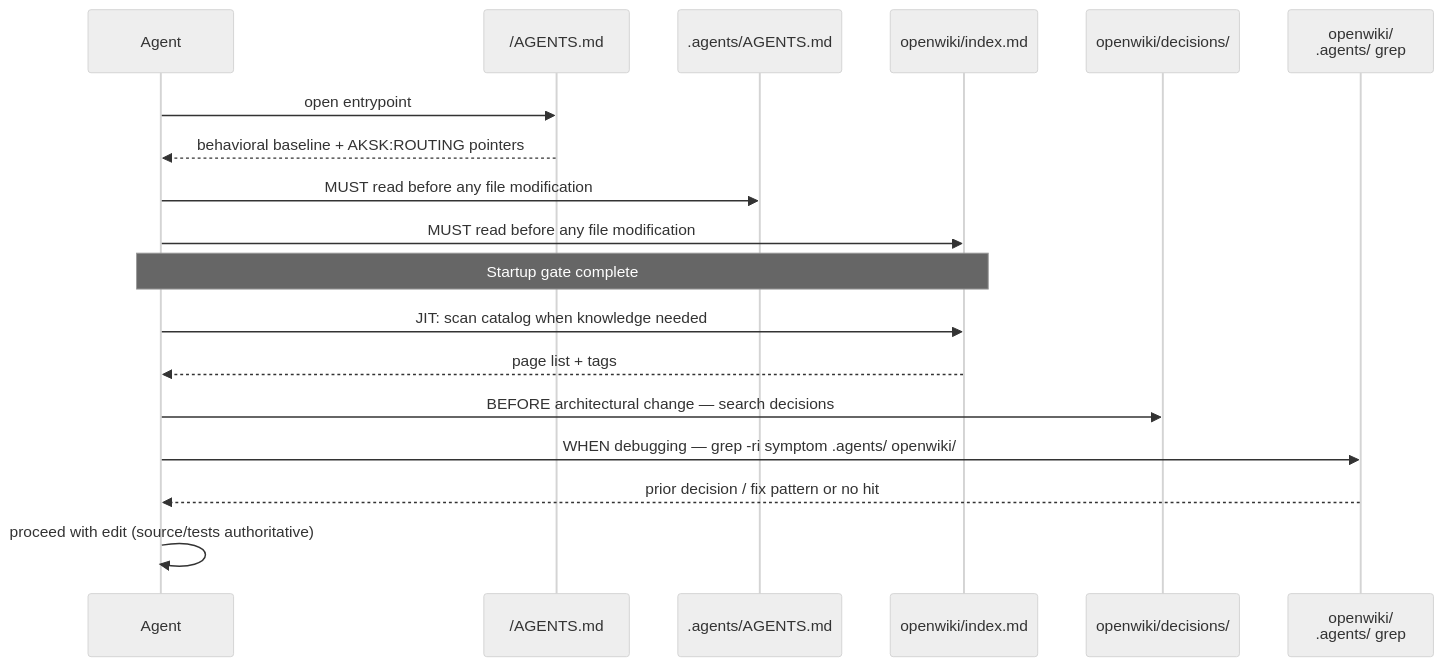
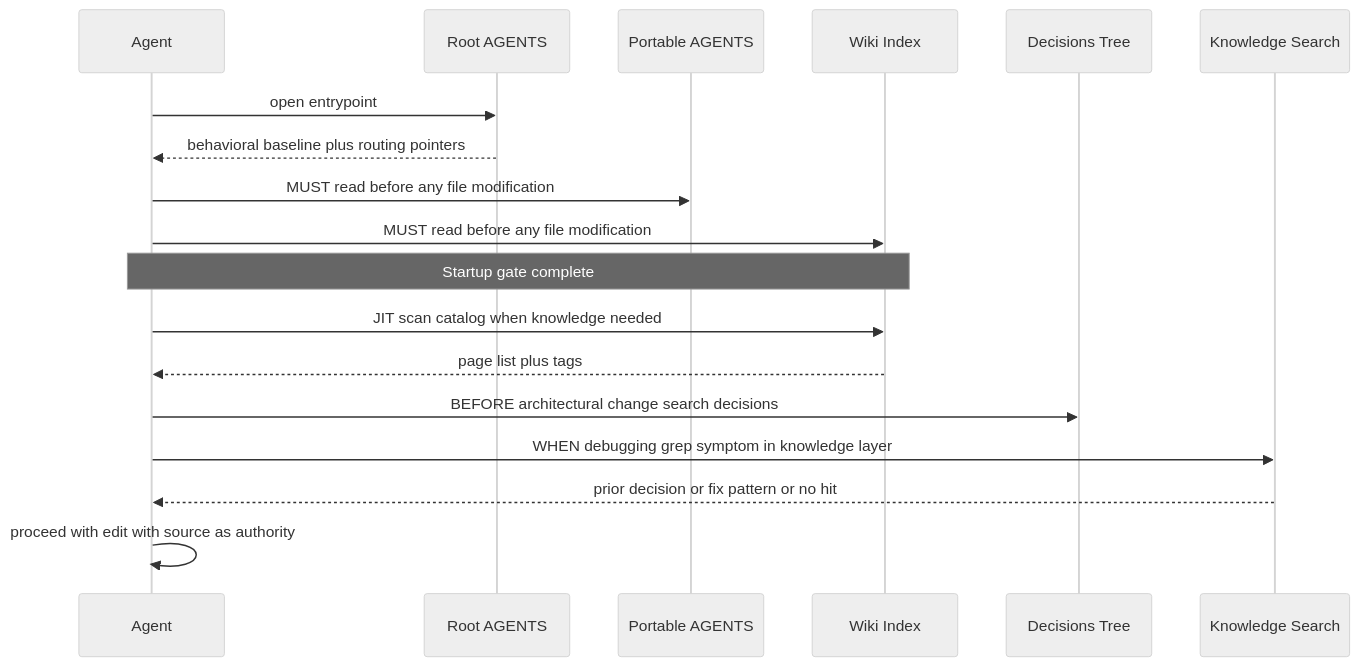
One commit to Hypercubed/Agent-Knowledge-Starter-Kit changed the second of 2 diagrams in openwiki/governance/agent-entrypoints.md. Above: the diagram before and after it, drawn with Mermaid (neutral theme). The commit also changed other lines of this file and 38 other files, not shown here.

````diff
--- a/openwiki/governance/agent-entrypoints.md
+++ b/openwiki/governance/agent-entrypoints.md
@@ -132,20 +94,20 @@
 ```mermaid
 sequenceDiagram
   participant Agent
-  participant Root as /AGENTS.md
-  participant Portable as .agents/AGENTS.md
-  participant Index as openwiki/index.md
-  participant Decisions as openwiki/decisions/
-  participant Knowledge as openwiki/<br>.agents/ grep
+  participant Root as Root AGENTS
+  participant Portable as Portable AGENTS
+  participant Index as Wiki Index
+  participant Decisions as Decisions Tree
+  participant Knowledge as Knowledge Search
   Agent->>Root: open entrypoint
-  Root-->>Agent: behavioral baseline + AKSK:ROUTING pointers
+  Root-->>Agent: behavioral baseline plus routing pointers
   Agent->>Portable: MUST read before any file modification
   Agent->>Index: MUST read before any file modification
   Note over Agent,Index: Startup gate complete
-  Agent->>Index: JIT: scan catalog when knowledge needed
-  Index-->>Agent: page list + tags
-  Agent->>Decisions: BEFORE architectural change — search decisions
-  Agent->>Knowledge: WHEN debugging — grep -ri symptom .agents/ openwiki/
-  Knowledge-->>Agent: prior decision / fix pattern or no hit
-  Agent->>Agent: proceed with edit (source/tests authoritative)
+  Agent->>Index: JIT scan catalog when knowledge needed
+  Index-->>Agent: page list plus tags
+  Agent->>Decisions: BEFORE architectural change search decisions
+  Agent->>Knowledge: WHEN debugging grep symptom in knowledge layer
+  Knowledge-->>Agent: prior decision or fix pattern or no hit
+  Agent->>Agent: proceed with edit with source as authority
 ```
````
